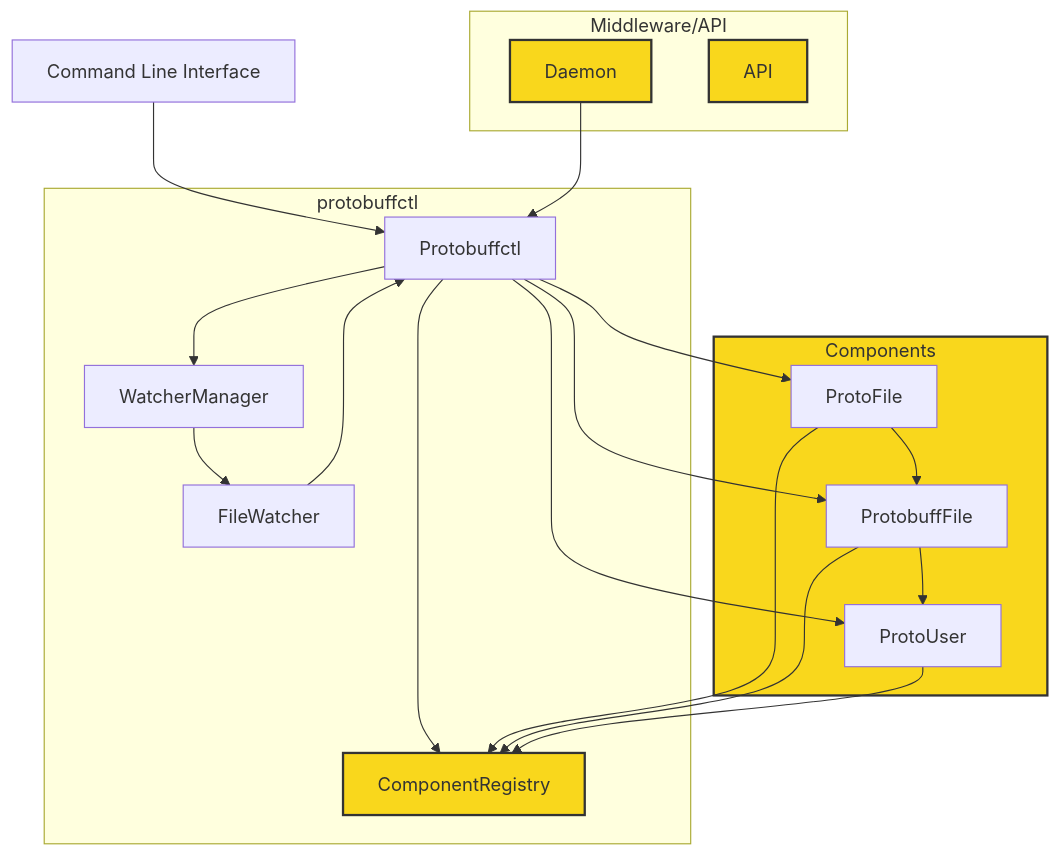
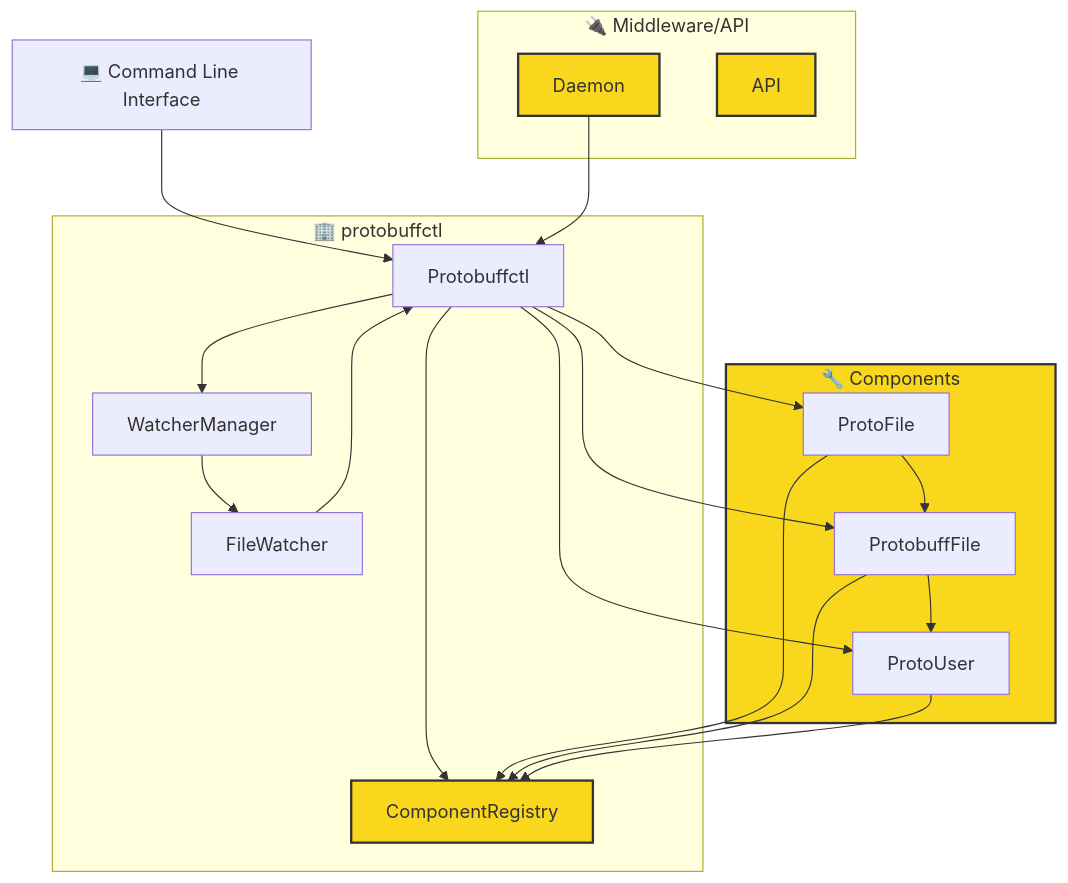
The diagram in README.md (ji-podhead/protobuffctl), drawn with Mermaid before and after one commit. The commit also changed other lines of this file, not shown here.

````diff
--- a/README.md
+++ b/README.md
@@ -10,38 +14,38 @@
 ```mermaid
 graph TD;
-    CLI["Command Line Interface"]-->Protobuffctl;
+    CLI["💻 Command Line Interface"]-->Protobuffctl;
     Protobuffctl-->WatcherManager;
     Protobuffctl-->ComponentRegistry;
     WatcherManager-->FileWatcher;
     FileWatcher-->Protobuffctl;
     Protobuffctl-->ProtobuffFile;
     Protobuffctl-->ProtoUser;
     Protobuffctl-->ProtoFile;
     ProtoFile-->ProtobuffFile;
     ProtoFile-->ComponentRegistry;
     ProtobuffFile-->ProtoUser;
     ProtobuffFile-->ComponentRegistry;
     ProtoUser-->ComponentRegistry;
-    subgraph protobuffctl [protobuffctl]
+    subgraph protobuffctl [🏢 protobuffctl]
         Protobuffctl;
         WatcherManager;
         FileWatcher;
         ComponentRegistry;
     end
-    subgraph components [Components]
+    subgraph components [🔧 Components]
         ProtoFile;
         ProtobuffFile;
         ProtoUser;
     end
     Daemon-->Protobuffctl;
-    subgraph middleware [Middleware/API]
+    subgraph middleware [🔌 Middleware/API]
         Daemon;
         API;
     end
     style components fill:#f9d71c,stroke:#333,stroke-width:2px
     style ComponentRegistry fill:#f9d71c,stroke:#333,stroke-width:2px
     style components fill:#f9d71c,stroke:#333,stroke-width:2px
     style ComponentRegistry fill:#f9d71c,stroke:#333,stroke-width:2px
     style Daemon fill:#f9d71c,stroke:#333,stroke-width:2px
     style API fill:#f9d71c,stroke:#333,stroke-width:2px
 ```
````
